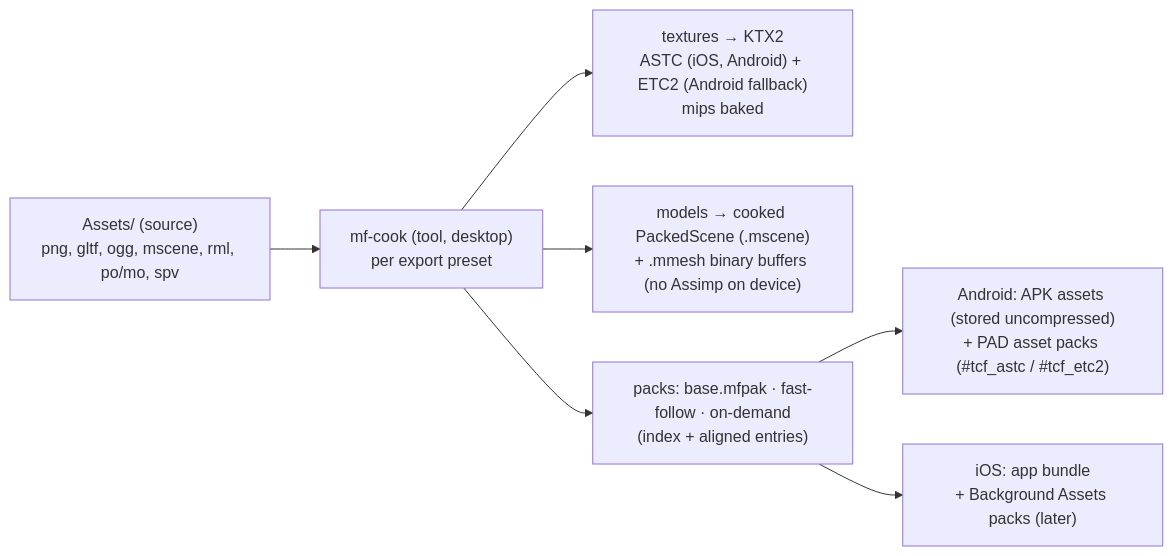
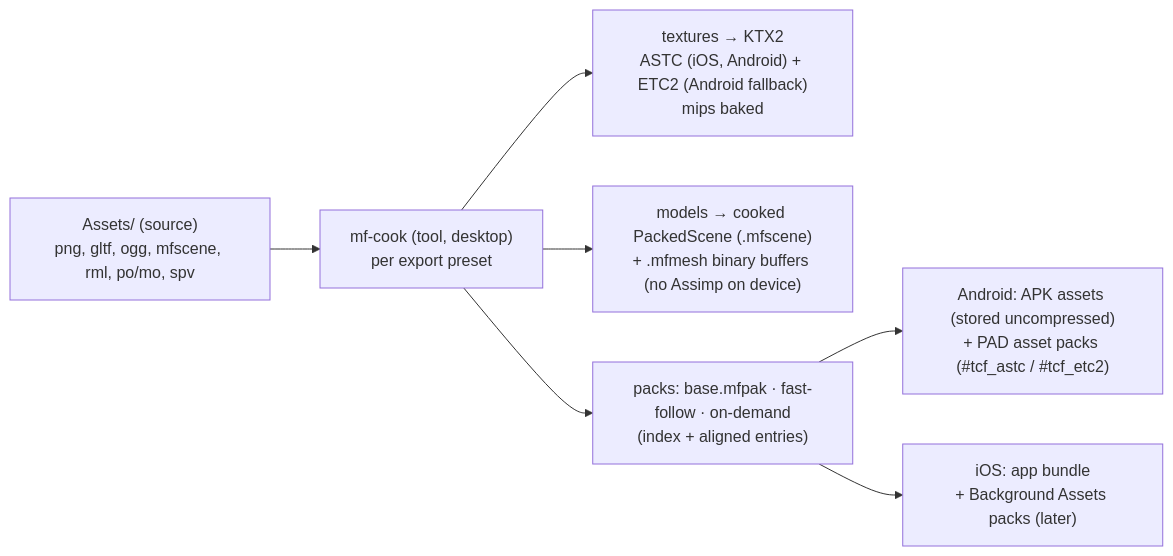
One commit to Mainframe-Games/mainframe-engine changed the fifth of 6 diagrams in docs/design/future/mobile.md. Above: the diagram before and after it, drawn with Mermaid. The commit also changed other lines of this file and 886 other files, not shown here.

````diff
--- a/docs/design/future/mobile.md
+++ b/docs/design/future/mobile.md
@@ -543,9 +543,9 @@
 ```mermaid
 flowchart LR
-    S["Assets/ (source)<br/>png, gltf, ogg, mscene, rml, po/mo, spv"] --> C["mf-cook (tool, desktop)<br/>per export preset"]
+    S["Assets/ (source)<br/>png, gltf, ogg, mfscene, rml, po/mo, spv"] --> C["mf-cook (tool, desktop)<br/>per export preset"]
     C --> T["textures → KTX2<br/>ASTC (iOS, Android) + ETC2 (Android fallback)<br/>mips baked"]
-    C --> M["models → cooked PackedScene (.mscene)<br/>+ .mmesh binary buffers (no Assimp on device)"]
+    C --> M["models → cooked PackedScene (.mfscene)<br/>+ .mfmesh binary buffers (no Assimp on device)"]
     C --> P["packs: base.mfpak · fast-follow · on-demand<br/>(index + aligned entries)"]
     P --> A["Android: APK assets (stored uncompressed)<br/>+ PAD asset packs (#tcf_astc / #tcf_etc2)"]
     P --> I["iOS: app bundle<br/>+ Background Assets packs (later)"]
 ```
````
